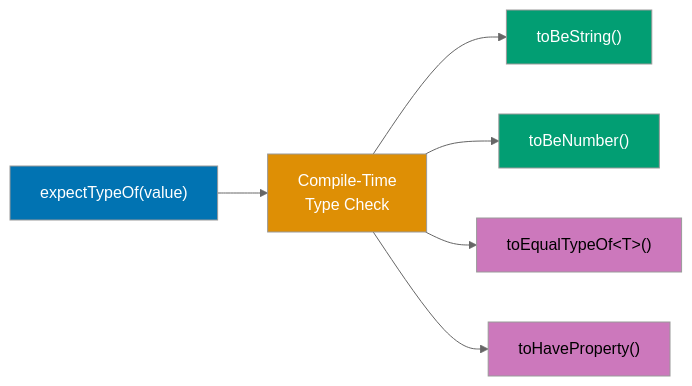
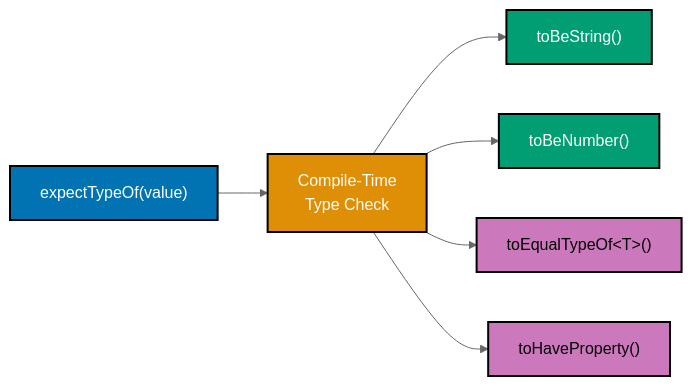
The ninth of 9 diagrams in apps/ayokoding-web/content/en/learn/software-engineering/automation-testing/tools/vitest/by-example/intermediate.md (wahidyankf/open-sharia-enterprise), drawn with Mermaid (neutral theme) before and after one commit. The commit also changed other lines of this file and 13 other files, not shown here.

````diff
--- a/apps/ayokoding-web/content/en/learn/software-engineering/automation-testing/tools/vitest/by-example/intermediate.md
+++ b/apps/ayokoding-web/content/en/learn/software-engineering/automation-testing/tools/vitest/by-example/intermediate.md
@@ -1517,16 +1517,16 @@
 ```mermaid
 %% Color Palette: Blue #0173B2, Orange #DE8F05, Teal #029E73, Purple #CC78BC, Brown #CA9161
 graph LR
     A["expectTypeOf#40;value#41;"] --> B["Compile-Time<br/>Type Check"]
     B --> C["toBeString#40;#41;"]
     B --> D["toBeNumber#40;#41;"]
     B --> E["toEqualTypeOf#60;T#62;#40;#41;"]
     B --> F["toHaveProperty#40;#41;"]
 
-    style A fill:#0173B2,color:#fff
-    style B fill:#DE8F05,color:#fff
-    style C fill:#029E73,color:#fff
-    style D fill:#029E73,color:#fff
-    style E fill:#CC78BC,color:#000
-    style F fill:#CC78BC,color:#000
+    style A fill:#0173B2,stroke:#000000,stroke-width:2px,color:#fff
+    style B fill:#DE8F05,stroke:#000000,stroke-width:2px,color:#fff
+    style C fill:#029E73,stroke:#000000,stroke-width:2px,color:#fff
+    style D fill:#029E73,stroke:#000000,stroke-width:2px,color:#fff
+    style E fill:#CC78BC,stroke:#000000,stroke-width:2px,color:#000
+    style F fill:#CC78BC,stroke:#000000,stroke-width:2px,color:#000
 ```
````
